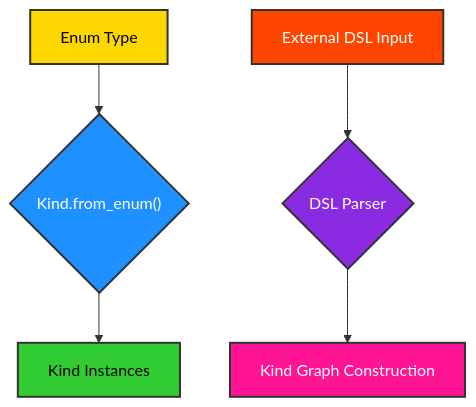
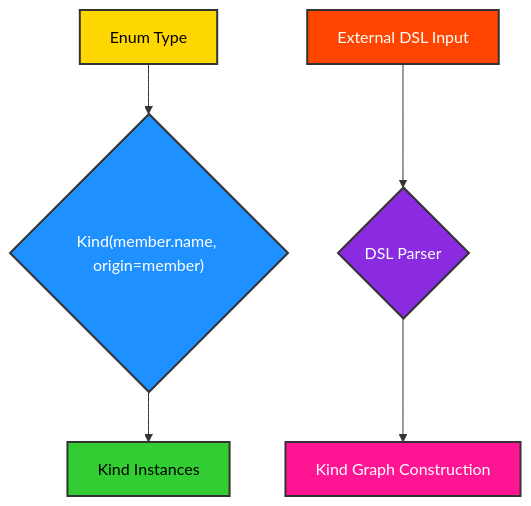
Before and after one commit to ikko/kind: the fourth of 4 diagrams in docs/topics/11_extensibility/index.md, drawn with Mermaid. The commit also changed other lines of this file and 62 other files, not shown here.

First line of the commit message:
Docs: Kind vs type, docs that match the code, the review and its insights

````diff
--- a/docs/topics/11_extensibility/index.md
+++ b/docs/topics/11_extensibility/index.md
@@ -267,16 +260,16 @@
 ```mermaid
 graph TD
-    A[Enum Type] --> B{Kind.from_enum&#40&#41};
+    A[Enum Type] --> B{Kind&#40member.name, origin=member&#41};
     B --> C[Kind Instances];
 
     X[External DSL Input] --> Y{DSL Parser};
     Y --> Z[Kind Graph Construction];
 
     style A fill:#FFD700,stroke:#333,stroke-width:2px,color:#000000;
     style B fill:#1E90FF,stroke:#333,stroke-width:2px,color:#FFFFFF;
     style C fill:#32CD32,stroke:#333,stroke-width:2px,color:#000000;
 
     style X fill:#FF4500,stroke:#333,stroke-width:2px,color:#FFFFFF;
     style Y fill:#8A2BE2,stroke:#333,stroke-width:2px,color:#FFFFFF;
     style Z fill:#FF1493,stroke:#333,stroke-width:2px,color:#FFFFFF;
 ```
````
